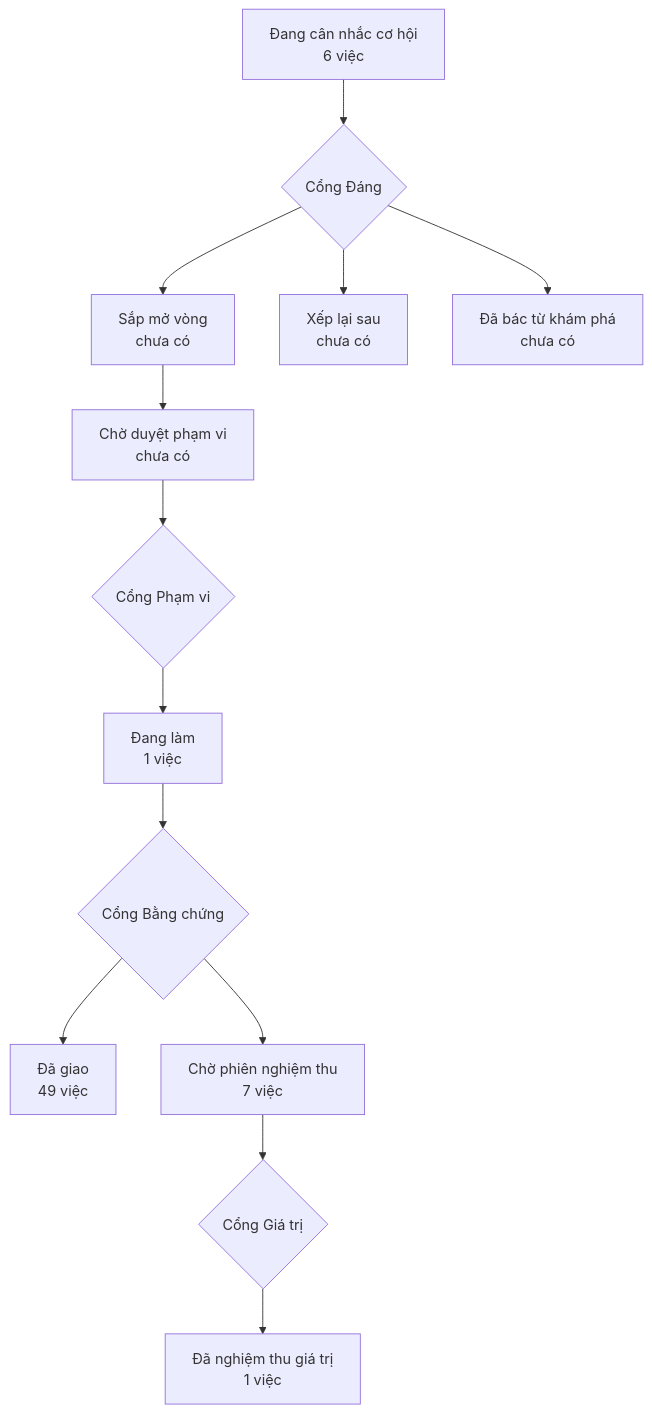
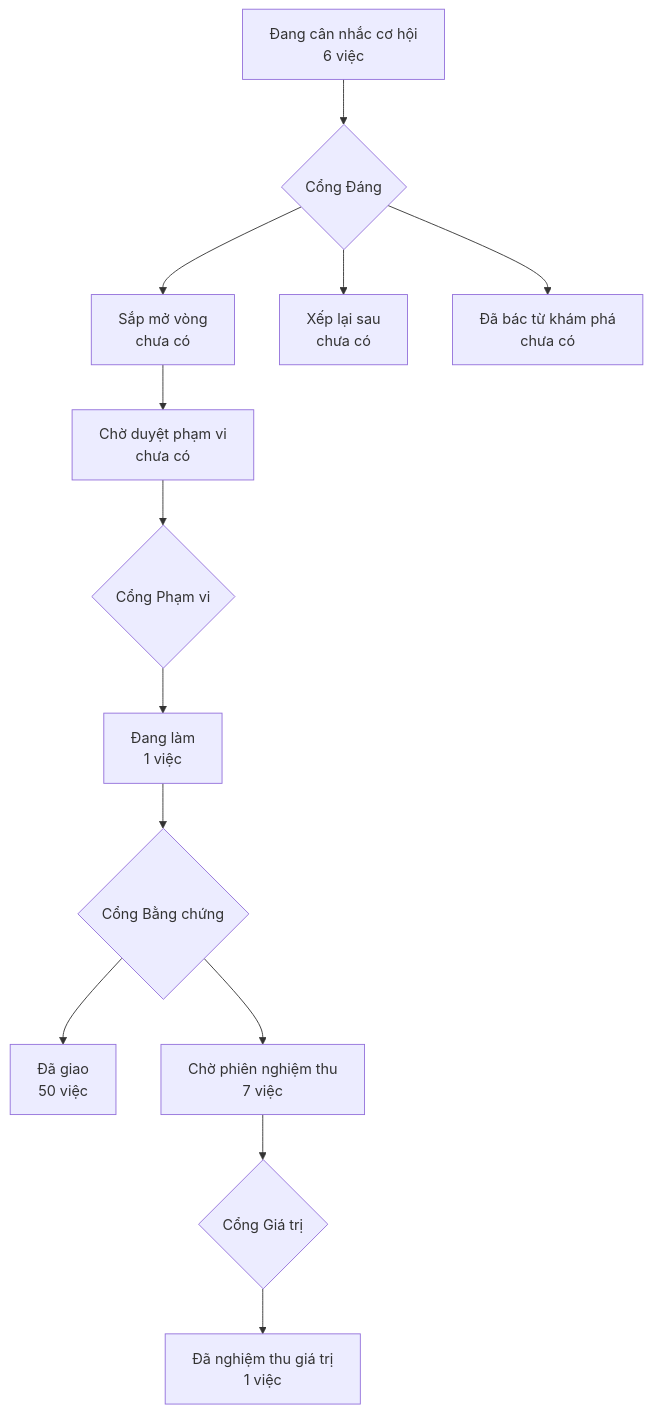
The diagram in PRODUCT-MAP.md (phanlemanh/crm-onehub), drawn with Mermaid before and after one commit.

Commit message:
chore: ve lai PRODUCT-MAP sau khi hop nhat onehub

````diff
--- a/PRODUCT-MAP.md
+++ b/PRODUCT-MAP.md
@@ -6,12 +6,12 @@
 ```mermaid
 flowchart TD
   A["Đang cân nhắc cơ hội<br/>6 việc"] --> GD{"Cổng Đáng"}
   GD --> B["Sắp mở vòng<br/>chưa có"]
   GD --> XL["Xếp lại sau<br/>chưa có"]
   GD --> DB["Đã bác từ khám phá<br/>chưa có"]
   B --> CD["Chờ duyệt phạm vi<br/>chưa có"] --> GP{"Cổng Phạm vi"}
   GP --> DL["Đang làm<br/>1 việc"] --> GB{"Cổng Bằng chứng"}
-  GB --> DG["Đã giao<br/>49 việc"]
+  GB --> DG["Đã giao<br/>50 việc"]
   GB --> CN["Chờ phiên nghiệm thu<br/>7 việc"] --> GG{"Cổng Giá trị"}
   GG --> NT["Đã nghiệm thu giá trị<br/>1 việc"]
 ```
````
